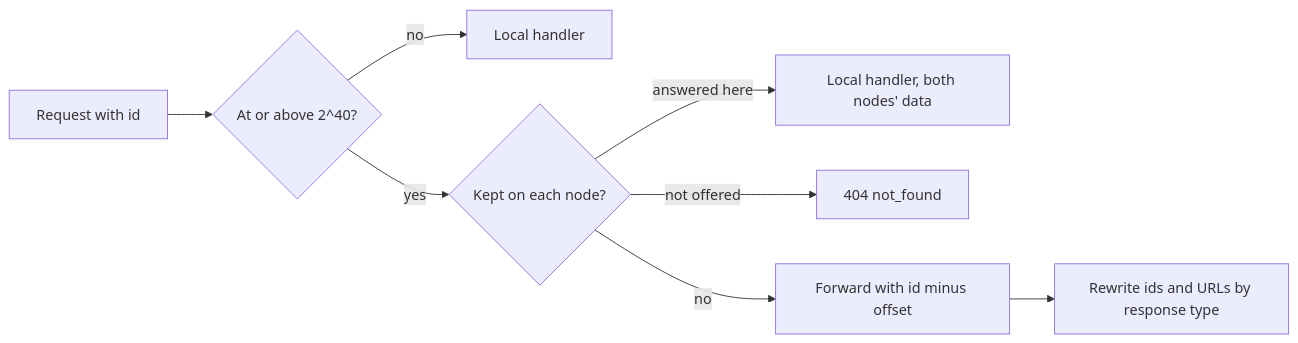
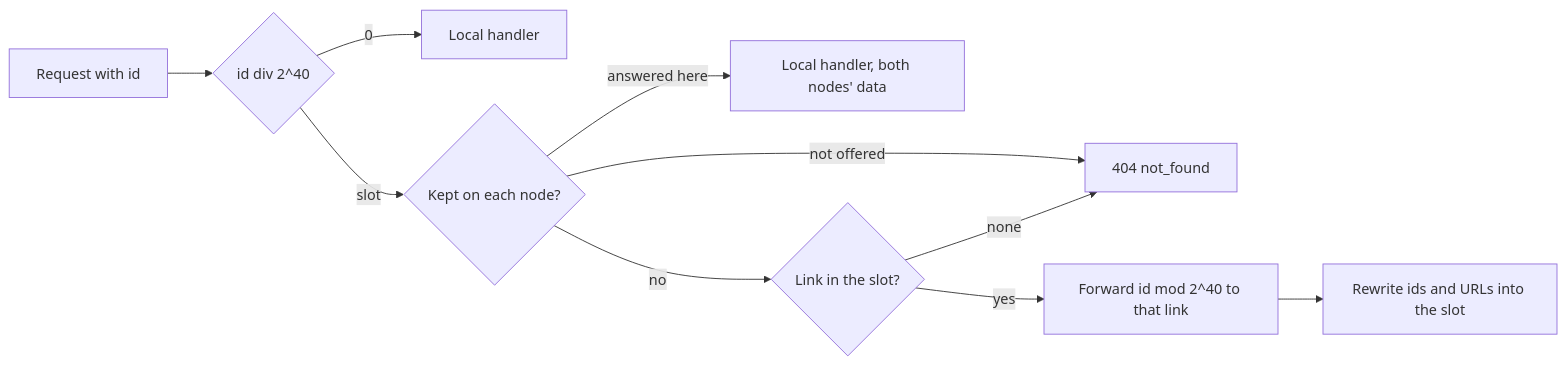
The fourth of 7 diagrams in docs/design-docs/peer-library.md (syudead/vv), drawn with Mermaid before and after one commit. The commit also changed other lines of this file and 86 other files, not shown here.

````diff
--- a/docs/design-docs/peer-library.md
+++ b/docs/design-docs/peer-library.md
@@ -150,10 +157,12 @@
 ```mermaid
 flowchart LR
-  req[Request with id] --> off{At or above 2^40?}
-  off -->|no| local[Local handler]
-  off -->|yes| kept{Kept on each node?}
+  req[Request with id] --> off{id div 2^40}
+  off -->|0| local[Local handler]
+  off -->|slot| kept{Kept on each node?}
   kept -->|answered here| here[Local handler, both nodes' data]
   kept -->|not offered| notfound[404 not_found]
-  kept -->|no| fwd[Forward with id minus offset]
-  fwd --> rewrite[Rewrite ids and URLs by response type]
+  kept -->|no| link{Link in the slot?}
+  link -->|none| notfound
+  link -->|yes| fwd[Forward id mod 2^40 to that link]
+  fwd --> rewrite[Rewrite ids and URLs into the slot]
 ```
````
